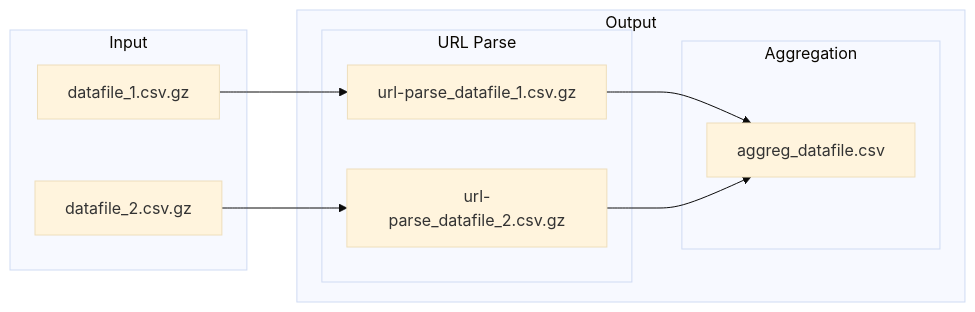
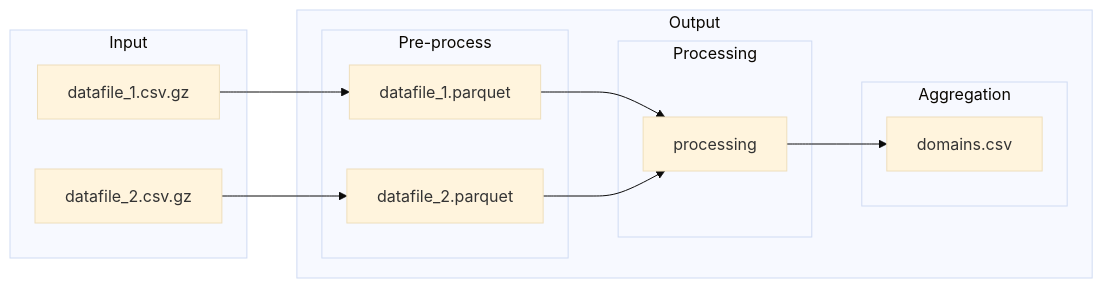
Before and after one commit to medialab/enlinkenment: the diagram in README.md, drawn with Mermaid (base theme). The commit also changed other lines of this file, not shown here.

````diff
--- a/README.md
+++ b/README.md
@@ -40,21 +49,24 @@
 ```mermaid
 flowchart LR
 
 subgraph Input
 input1[datafile_1.csv.gz]
 input2[datafile_2.csv.gz]
 end
 
 subgraph Output
-subgraph URL Parse
-input1 --> a[url-parse_datafile_1.csv.gz]
-input2 --> b[url-parse_datafile_2.csv.gz]
+subgraph Pre-process
+input1 --> a[datafile_1.parquet]
+input2 --> b[datafile_2.parquet]
 end
 
+subgraph Processing
+a --> c[processing]
+b --> c
+end
 
 subgraph Aggregation
-a --> c[aggreg_datafile.csv]
-b --> c
+c --> d[domains.csv]
 end
 end
 ```
````
